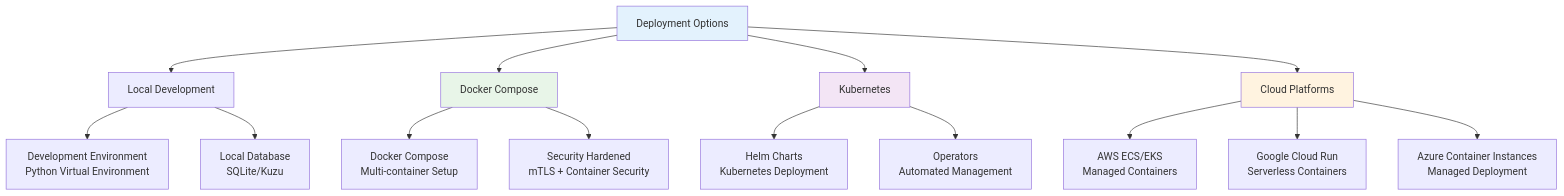
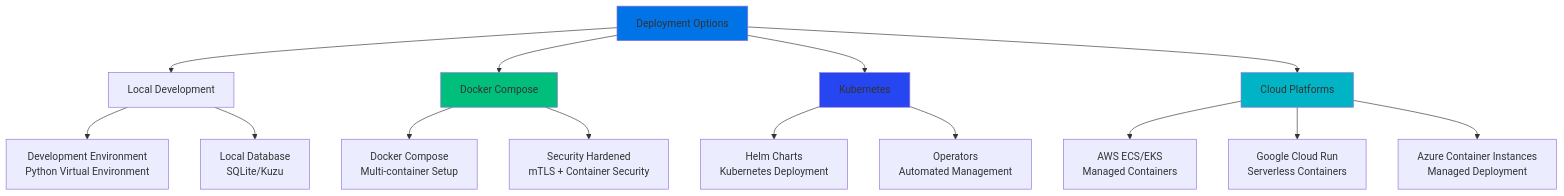
Diagram 15 of 17 in README.md (elementalcollision/GraphMemory-IDE), drawn with Mermaid before and after one commit. The commit also changed other lines of this file, not shown here.

Commit message:
feat: Apply vibrant color palette to all Mermaid diagrams for improved readability and visual consistency

````diff
--- a/README.md
+++ b/README.md
@@ -1050,25 +1050,25 @@
 ```mermaid
 flowchart TD
     DEPLOY[Deployment Options] --> LOCAL[Local Development]
     DEPLOY --> DOCKER[Docker Compose]
     DEPLOY --> K8S[Kubernetes]
     DEPLOY --> CLOUD[Cloud Platforms]
     
     LOCAL --> DEV_ENV[Development Environment<br/>Python Virtual Environment]
     LOCAL --> DEV_DB[Local Database<br/>SQLite/Kuzu]
     
     DOCKER --> COMPOSE[Docker Compose<br/>Multi-container Setup]
     DOCKER --> SECURITY[Security Hardened<br/>mTLS + Container Security]
     
     K8S --> HELM[Helm Charts<br/>Kubernetes Deployment]
     K8S --> OPERATORS[Operators<br/>Automated Management]
     
     CLOUD --> AWS[AWS ECS/EKS<br/>Managed Containers]
     CLOUD --> GCP[Google Cloud Run<br/>Serverless Containers]
     CLOUD --> AZURE[Azure Container Instances<br/>Managed Deployment]
     
-    style DEPLOY fill:#e3f2fd
-    style DOCKER fill:#e8f5e8
-    style K8S fill:#f3e5f5
-    style CLOUD fill:#fff3e0
+    style DEPLOY fill:#0073e6
+    style DOCKER fill:#00bf7d
+    style K8S fill:#2546f0
+    style CLOUD fill:#00b4c5
 ```
````
